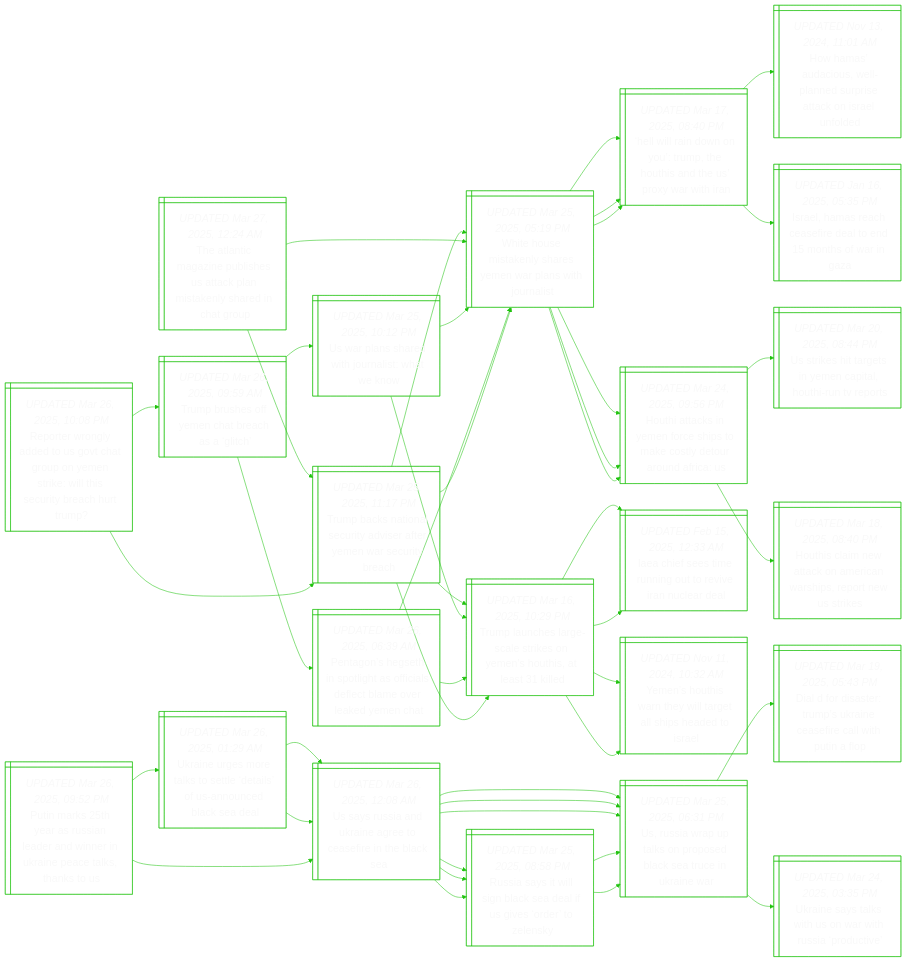
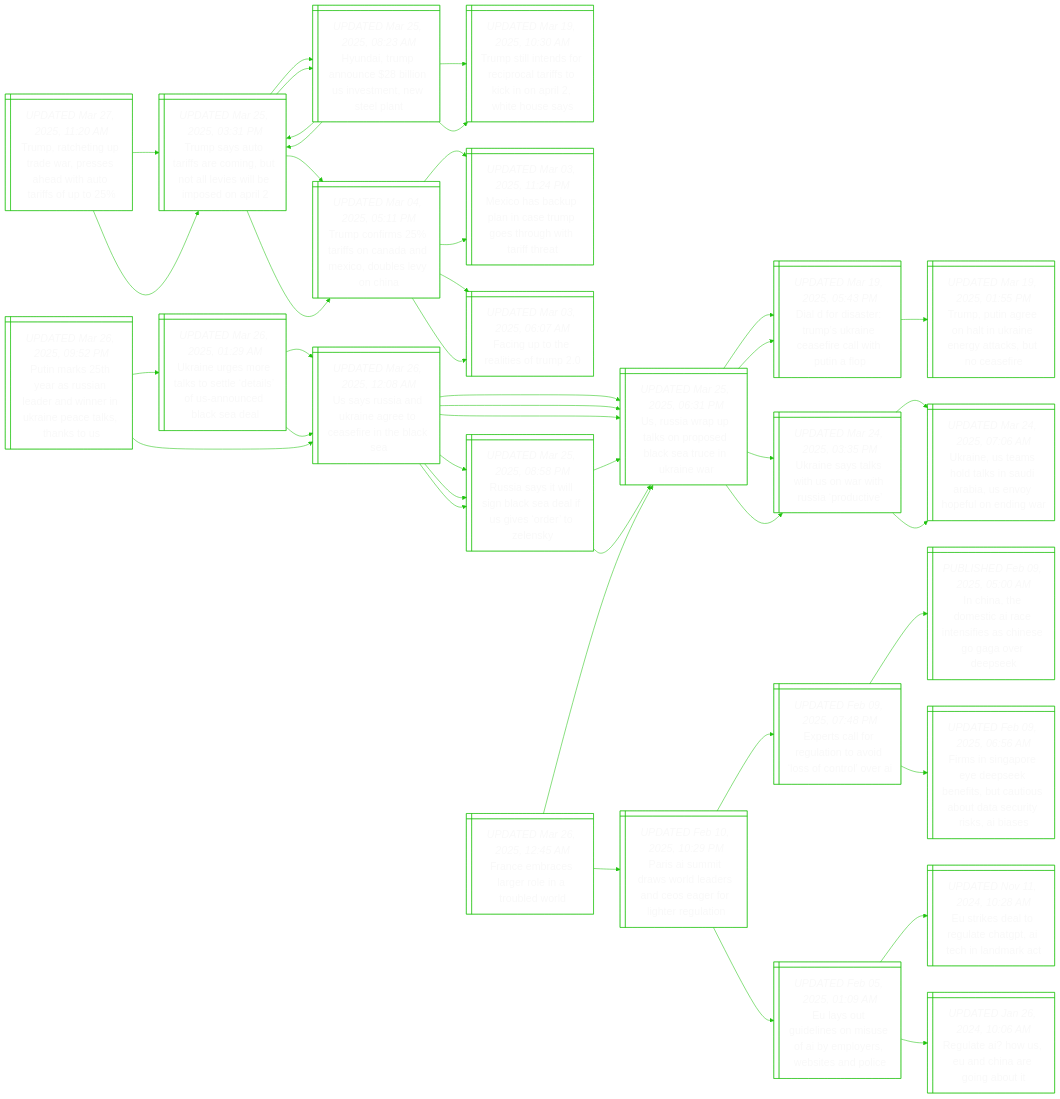
Before and after one commit to notJmes/notJmes: the diagram in README.md, drawn with Mermaid. The commit also changed other lines of this file, not shown here.

````diff
--- a/README.md
+++ b/README.md
@@ -16,97 +16,51 @@
 flowchart LR
 classDef txtsize font-size:20px;
 
-Tlczuhakmksdau@{ shape: win-pane, label: "_UPDATED Mar 27, 2025, 12:24 AM_
-The atlantic magazine publishes us attack plan mistakenly shared in chat group" }
-Tbnncystmrrr@{ shape: win-pane, label: "_UPDATED Mar 25, 2025, 11:17 PM_
-Trump backs national security adviser after yemen war security breach" }
-WHmkssnliui@{ shape: win-pane, label: "_UPDATED Mar 25, 2025, 05:19 PM_
-White house mistakenly shares yemen war plans with journalist" }
-Hiinuposhrah@{ shape: win-pane, label: "_UPDATED Mar 17, 2025, 08:40 PM_
-‘hell will rain down on you’: trump, the houthis and the us’ proxy war with iran" }
-HicYfsteloofU@{ shape: win-pane, label: "_UPDATED Mar 24, 2025, 09:56 PM_
-Houthi attacks in yemen force ships to make costly detour around africa: us" }
-Tlhraroeuasl@{ shape: win-pane, label: "_UPDATED Mar 16, 2025, 10:29 PM_
-Trump launches large-scale strikes on yemen’s houthis, at least 31 killed" }
-IhemnueIur@{ shape: win-pane, label: "_UPDATED Feb 15, 2025, 12:33 AM_
-Iaea chief sees time running out to revive iran nuclear deal" }
-Yshryttheta@{ shape: win-pane, label: "_UPDATED Nov 11, 2024, 10:32 AM_
-Yemen’s houthis warn they will target all ships headed to israel" }
-WHmkssnliui@{ shape: win-pane, label: "_UPDATED Mar 25, 2025, 05:19 PM_
-White house mistakenly shares yemen war plans with journalist" }
-Hiinuposhrah@{ shape: win-pane, label: "_UPDATED Mar 17, 2025, 08:40 PM_
-‘hell will rain down on you’: trump, the houthis and the us’ proxy war with iran" }
-Hmdulnrecsud@{ shape: win-pane, label: "_UPDATED Nov 13, 2024, 11:01 AM_
-How hamas’ audacious, well-planned surprise attack on israel unfolded" }
-Ilshedoooia@{ shape: win-pane, label: "_UPDATED Jan 16, 2025, 05:35 PM_
-Israel, hamas reach ceasefire deal to end 15 months of war in gaza" }
-HicYfsteloofU@{ shape: win-pane, label: "_UPDATED Mar 24, 2025, 09:56 PM_
-Houthi attacks in yemen force ships to make costly detour around africa: us" }
-Uiignntuues@{ shape: win-pane, label: "_UPDATED Mar 20, 2025, 08:44 PM_
-Us strikes hit targets in yemen capital, houthi-run tv reports" }
-Hiiakenhense@{ shape: win-pane, label: "_UPDATED Mar 18, 2025, 08:40 PM_
-Houthis claim new attack on american warships, report new us strikes" }
+Treudpeahtfp@{ shape: win-pane, label: "_UPDATED Mar 27, 2025, 11:20 AM_
+Trump, ratcheting up trade war, presses ahead with auto tariffs of up to 25%" }
+Tsuramuaviiep@{ shape: win-pane, label: "_UPDATED Mar 25, 2025, 03:31 PM_
+Trump says auto tariffs are coming, but not all levies will be imposed on april 2" }
+Hamobonmeen@{ shape: win-pane, label: "_UPDATED Mar 25, 2025, 08:23 AM_
+Hyundai, trump announce $28 billion us investment, new steel plant" }
+Tsidrrtfioitss@{ shape: win-pane, label: "_UPDATED Mar 19, 2025, 10:30 AM_
+Trump still intends for reciprocal tariffs to kick in on april 2, white house says" }
+Tsuramuaviiep@{ shape: win-pane, label: "_UPDATED Mar 25, 2025, 03:31 PM_
+Trump says auto tariffs are coming, but not all levies will be imposed on april 2" }
+TcrroadcbeC@{ shape: win-pane, label: "_UPDATED Mar 04, 2025, 05:11 PM_
+Trump confirms 25% tariffs on canada and mexico, doubles levy on china" }
+MoapnTghhtfa@{ shape: win-pane, label: "_UPDATED Mar 03, 2025, 11:24 PM_
+Mexico has backup plan in case trump goes through with tariff threat" }
+Fgtaer@{ shape: win-pane, label: "_UPDATED Mar 03, 2025, 06:07 AM_
+Facing up to the realities of trump 2.0" }
+Tsuramuaviiep@{ shape: win-pane, label: "_UPDATED Mar 25, 2025, 03:31 PM_
+Trump says auto tariffs are coming, but not all levies will be imposed on april 2" }
+Hamobonmeen@{ shape: win-pane, label: "_UPDATED Mar 25, 2025, 08:23 AM_
+Hyundai, trump announce $28 billion us investment, new steel plant" }
+Tsidrrtfioitss@{ shape: win-pane, label: "_UPDATED Mar 19, 2025, 10:30 AM_
+Trump still intends for reciprocal tariffs to kick in on april 2, white house says" }
+Tsuramuaviiep@{ shape: win-pane, label: "_UPDATED Mar 25, 2025, 03:31 PM_
+Trump says auto tariffs are coming, but not all levies will be imposed on april 2" }
+TcrroadcbeC@{ shape: win-pane, label: "_UPDATED Mar 04, 2025, 05:11 PM_
+Trump confirms 25% tariffs on canada and mexico, doubles levy on china" }
+MoapnTghhtfa@{ shape: win-pane, label: "_UPDATED Mar 03, 2025, 11:24 PM_
+Mexico has backup plan in case trump goes through with tariff threat" }
+Fgtaer@{ shape: win-pane, label: "_UPDATED Mar 03, 2025, 06:07 AM_
+Facing up to the realities of trump 2.0" }
 
-Tlczuhakmksdau:::txtsize --> Tbnncystmrrr:::txtsize
-Tbnncystmrrr:::txtsize --> WHmkssnliui:::txtsize
-WHmkssnliui:::txtsize --> Hiinuposhrah:::txtsize
-WHmkssnliui:::txtsize --> HicYfsteloofU:::txtsize
-Tbnncystmrrr:::txtsize --> Tlhraroeuasl:::txtsize
-Tlhraroeuasl:::txtsize --> IhemnueIur:::txtsize
-Tlhraroeuasl:::txtsize --> Yshryttheta:::txtsize
-Tlczuhakmksdau:::txtsize --> WHmkssnliui:::txtsize
-WHmkssnliui:::txtsize --> Hiinuposhrah:::txtsize
-Hiinuposhrah:::txtsize --> Hmdulnrecsud:::txtsize
-Hiinuposhrah:::txtsize --> Ilshedoooia:::txtsize
-WHmkssnliui:::txtsize --> HicYfsteloofU:::txtsize
-HicYfsteloofU:::txtsize --> Uiignntuues:::txtsize
-HicYfsteloofU:::txtsize --> Hiiakenhense:::txtsize
-
-RtoatoauetWhcyctp@{ shape: win-pane, label: "_UPDATED Mar 26, 2025, 10:08 PM_
-Reporter wrongly added to us govt chat group on yemen strike: will this security breach hurt trump?" }
-TbeYcrai@{ shape: win-pane, label: "_UPDATED Mar 26, 2025, 09:59 AM_
-Trump brushes off yemen chat breach as a ‘glitch’" }
-UpsdjaWe@{ shape: win-pane, label: "_UPDATED Mar 25, 2025, 10:12 PM_
-Us war plans shared with journalist: what we know" }
-Tlhraroeuasl@{ shape: win-pane, label: "_UPDATED Mar 16, 2025, 10:29 PM_
-Trump launches large-scale strikes on yemen’s houthis, at least 31 killed" }
-WHmkssnliui@{ shape: win-pane, label: "_UPDATED Mar 25, 2025, 05:19 PM_
-White house mistakenly shares yemen war plans with journalist" }
-PgehohfafboeYc@{ shape: win-pane, label: "_UPDATED Mar 26, 2025, 06:39 AM_
-Pentagon’s hegseth in spotlight as officials deflect blame over leaked yemen chat" }
-WHmkssnliui@{ shape: win-pane, label: "_UPDATED Mar 25, 2025, 05:19 PM_
-White house mistakenly shares yemen war plans with journalist" }
-Tlhraroeuasl@{ shape: win-pane, label: "_UPDATED Mar 16, 2025, 10:29 PM_
-Trump launches large-scale strikes on yemen’s houthis, at least 31 killed" }
-Tbnncystmrrr@{ shape: win-pane, label: "_UPDATED Mar 25, 2025, 11:17 PM_
-Trump backs national security adviser after yemen war security breach" }
-WHmkssnliui@{ shape: win-pane, label: "_UPDATED Mar 25, 2025, 05:19 PM_
-White house mistakenly shares yemen war plans with journalist" }
-Hiinuposhrah@{ shape: win-pane, label: "_UPDATED Mar 17, 2025, 08:40 PM_
-‘hell will rain down on you’: trump, the houthis and the us’ proxy war with iran" }
-HicYfsteloofU@{ shape: win-pane, label: "_UPDATED Mar 24, 2025, 09:56 PM_
-Houthi attacks in yemen force ships to make costly detour around africa: us" }
-Tlhraroeuasl@{ shape: win-pane, label: "_UPDATED Mar 16, 2025, 10:29 PM_
-Trump launches large-scale strikes on yemen’s houthis, at least 31 killed" }
-IhemnueIur@{ shape: win-pane, label: "_UPDATED Feb 15, 2025, 12:33 AM_
-Iaea chief sees time running out to revive iran nuclear deal" }
-Yshryttheta@{ shape: win-pane, label: "_UPDATED Nov 11, 2024, 10:32 AM_
-Yemen’s houthis warn they will target all ships headed to israel" }
-
-RtoatoauetWhcyctp:::txtsize --> TbeYcrai:::txtsize
-TbeYcrai:::txtsize --> UpsdjaWe:::txtsize
-UpsdjaWe:::txtsize --> Tlhraroeuasl:::txtsize
-UpsdjaWe:::txtsize --> WHmkssnliui:::txtsize
-TbeYcrai:::txtsize --> PgehohfafboeYc:::txtsize
-PgehohfafboeYc:::txtsize --> WHmkssnliui:::txtsize
-PgehohfafboeYc:::txtsize --> Tlhraroeuasl:::txtsize
-RtoatoauetWhcyctp:::txtsize --> Tbnncystmrrr:::txtsize
-Tbnncystmrrr:::txtsize --> WHmkssnliui:::txtsize
-WHmkssnliui:::txtsize --> Hiinuposhrah:::txtsize
-WHmkssnliui:::txtsize --> HicYfsteloofU:::txtsize
-Tbnncystmrrr:::txtsize --> Tlhraroeuasl:::txtsize
-Tlhraroeuasl:::txtsize --> IhemnueIur:::txtsize
-Tlhraroeuasl:::txtsize --> Yshryttheta:::txtsize
+Treudpeahtfp:::txtsize --> Tsuramuaviiep:::txtsize
+Tsuramuaviiep:::txtsize --> Hamobonmeen:::txtsize
+Hamobonmeen:::txtsize --> Tsidrrtfioitss:::txtsize
+Hamobonmeen:::txtsize --> Tsuramuaviiep:::txtsize
+Tsuramuaviiep:::txtsize --> TcrroadcbeC:::txtsize
+TcrroadcbeC:::txtsize --> MoapnTghhtfa:::txtsize
+TcrroadcbeC:::txtsize --> Fgtaer:::txtsize
+Treudpeahtfp:::txtsize --> Tsuramuaviiep:::txtsize
+Tsuramuaviiep:::txtsize --> Hamobonmeen:::txtsize
+Hamobonmeen:::txtsize --> Tsidrrtfioitss:::txtsize
+Hamobonmeen:::txtsize --> Tsuramuaviiep:::txtsize
+Tsuramuaviiep:::txtsize --> TcrroadcbeC:::txtsize
+TcrroadcbeC:::txtsize --> MoapnTghhtfa:::txtsize
+TcrroadcbeC:::txtsize --> Fgtaer:::txtsize
 
 Pmtrslriiaeaht@{ shape: win-pane, label: "_UPDATED Mar 26, 2025, 09:52 PM_
 Putin marks 25th year as russian leader and winner in ukraine peace talks, thanks to us" }
@@ -154,4 +108,47 @@
 RailBSaSsrly:::txtsize --> Usaanolecke:::txtsize
 RailBSaSsrly:::txtsize --> Usaanolecke:::txtsize
 
+Feaarnuw@{ shape: win-pane, label: "_UPDATED Mar 26, 2025, 12:45 AM_
+France embraces larger role in a troubled world" }
+PAmaraaOeleuo@{ shape: win-pane, label: "_UPDATED Feb 10, 2025, 10:29 PM_
+Paris ai summit draws world leaders and ceos eager for lighter regulation" }
+Etletodotv@{ shape: win-pane, label: "_UPDATED Feb 09, 2025, 07:48 PM_
+Experts call for regulation to avoid ‘loss of control’ over ai" }
+Indtrnianooee@{ shape: win-pane, label: "_PUBLISHED Feb 09, 2025, 05:00 AM_
+In china, the domestic ai race intensifies as chinese go gaga over deepseek" }
+Figeeeebustsisbs@{ shape: win-pane, label: "_UPDATED Feb 09, 2025, 06:56 AM_
+Firms in singapore eye deepseek benefits, but cautious about data security risks, ai biases" }
+EsuinsIprsal@{ shape: win-pane, label: "_UPDATED Feb 05, 2025, 01:09 AM_
+Eu lays out guidelines on misuse of ai by employers, websites and police" }
+EieraaAhnk@{ shape: win-pane, label: "_UPDATED Nov 11, 2024, 10:28 AM_
+Eu strikes deal to regulate chatgpt, ai tech in landmark act" }
+RaHECaio@{ shape: win-pane, label: "_UPDATED Jan 26, 2024, 10:06 AM_
+Regulate ai? how us, eu and china are going about it" }
+Usaanolecke@{ shape: win-pane, label: "_UPDATED Mar 25, 2025, 06:31 PM_
+Us, russia wrap up talks on proposed black sea truce in ukraine war" }
+Dfsrpaeilhnp@{ shape: win-pane, label: "_UPDATED Mar 19, 2025, 05:43 PM_
+Dial d for disaster: trump’s ukraine ceasefire call with putin a flop" }
+TPaotreyctar@{ shape: win-pane, label: "_UPDATED Mar 19, 2025, 01:55 PM_
+Trump, putin agree on halt in ukraine energy attacks, but no ceasefire" }
+UnssUahidv@{ shape: win-pane, label: "_UPDATED Mar 24, 2025, 03:35 PM_
+Ukraine says talks with us on war with russia ‘productive’" }
+UneolSAavpoir@{ shape: win-pane, label: "_UPDATED Mar 24, 2025, 07:06 AM_
+Ukraine, us teams hold talks in saudi arabia, us envoy hopeful on ending war" }
+UneolSAavpoir@{ shape: win-pane, label: "_UPDATED Mar 24, 2025, 07:06 AM_
+Ukraine, us teams hold talks in saudi arabia, us envoy hopeful on ending war" }
+
+Feaarnuw:::txtsize --> PAmaraaOeleuo:::txtsize
+PAmaraaOeleuo:::txtsize --> Etletodotv:::txtsize
+Etletodotv:::txtsize --> Indtrnianooee:::txtsize
+Etletodotv:::txtsize --> Figeeeebustsisbs:::txtsize
+PAmaraaOeleuo:::txtsize --> EsuinsIprsal:::txtsize
+EsuinsIprsal:::txtsize --> EieraaAhnk:::txtsize
+EsuinsIprsal:::txtsize --> RaHECaio:::txtsize
+Feaarnuw:::txtsize --> Usaanolecke:::txtsize
+Usaanolecke:::txtsize --> Dfsrpaeilhnp:::txtsize
+Dfsrpaeilhnp:::txtsize --> TPaotreyctar:::txtsize
+Usaanolecke:::txtsize --> UnssUahidv:::txtsize
+UnssUahidv:::txtsize --> UneolSAavpoir:::txtsize
+UnssUahidv:::txtsize --> UneolSAavpoir:::txtsize
+
 ```
````
